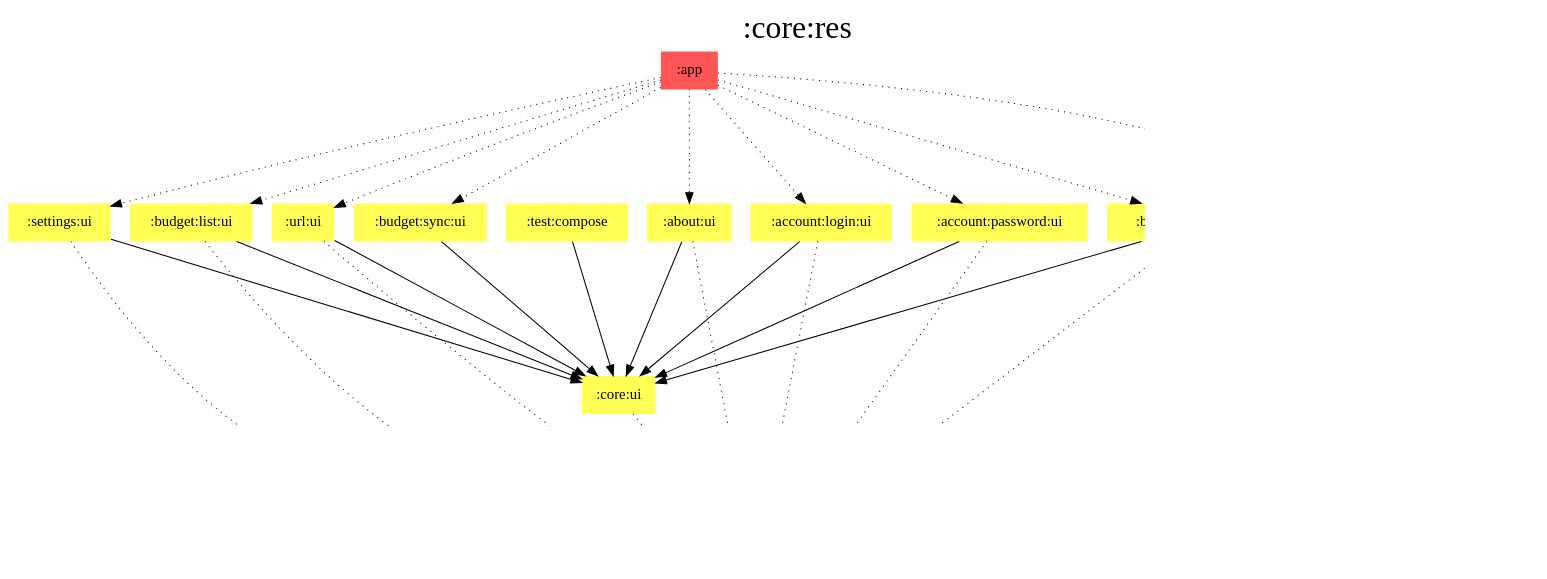
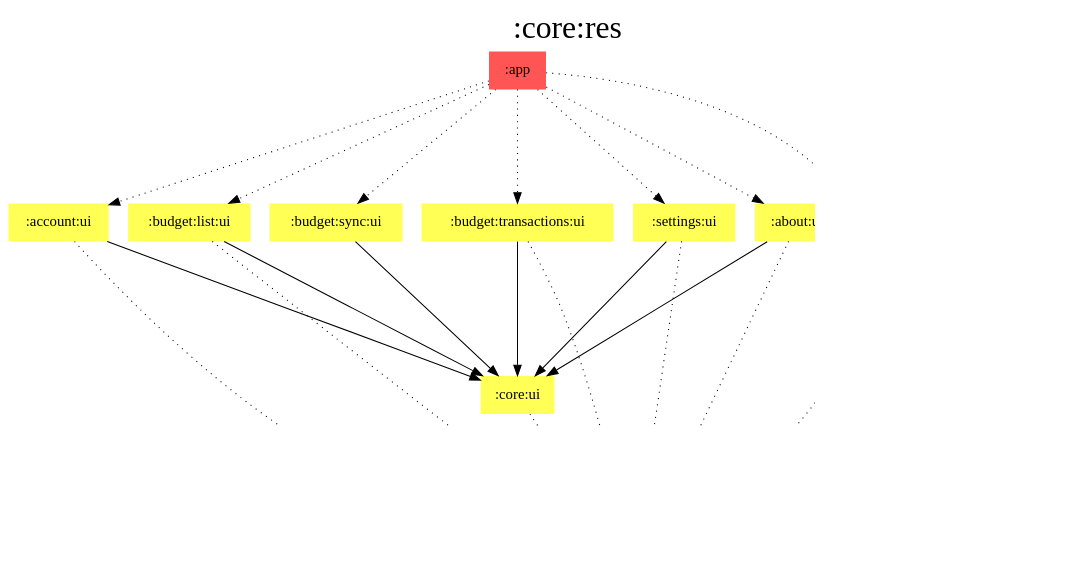
Before and after one commit to jonapoul/aktual: the diagram in modules/core/res/modules.dot, drawn with Graphviz. The commit also changed 134 other files, not shown here.

First line of the commit message:
Merge login, password and URL modules (#289)

```diff
--- a/modules/core/res/modules.dot
+++ b/modules/core/res/modules.dot
@@ -1,59 +1,49 @@
 digraph {
 edge ["dir"="forward"]
 graph ["dpi"="100","label"=":core:res","labelloc"="t","fontsize"="30","ranksep"="1.5","rankdir"="TB"]
 node ["style"="filled"]
 ":about:ui" ["fillcolor"="#FFFF55","shape"="none"]
-":account:login:ui" ["fillcolor"="#FFFF55","shape"="none"]
-":account:password:ui" ["fillcolor"="#FFFF55","shape"="none"]
+":account:ui" ["fillcolor"="#FFFF55","shape"="none"]
 ":app" ["fillcolor"="#FF5555","shape"="none"]
 ":budget:list:ui" ["fillcolor"="#FFFF55","shape"="none"]
 ":budget:sync:ui" ["fillcolor"="#FFFF55","shape"="none"]
 ":budget:transactions:ui" ["fillcolor"="#FFFF55","shape"="none"]
 ":core:res" ["fillcolor"="#00FFFF","color"="black","penwidth"="3","shape"="box"]
 ":core:ui" ["fillcolor"="#FFFF55","shape"="none"]
 ":settings:ui" ["fillcolor"="#FFFF55","shape"="none"]
-":test:compose" ["fillcolor"="#FFFF55","shape"="none"]
-":url:ui" ["fillcolor"="#FFFF55","shape"="none"]
 {
 edge ["dir"="none"]
 graph ["rank"="same"]
 ":core:res"
 }
 ":about:ui" -> ":core:res" ["style"="dotted"]
 ":about:ui" -> ":core:ui"
-":account:login:ui" -> ":core:res" ["style"="dotted"]
-":account:login:ui" -> ":core:ui"
-":account:password:ui" -> ":core:res" ["style"="dotted"]
-":account:password:ui" -> ":core:ui"
+":account:ui" -> ":core:res" ["style"="dotted"]
+":account:ui" -> ":core:ui"
 ":app" -> ":about:ui" ["style"="dotted"]
-":app" -> ":account:login:ui" ["style"="dotted"]
-":app" -> ":account:password:ui" ["style"="dotted"]
+":app" -> ":account:ui" ["style"="dotted"]
 ":app" -> ":budget:list:ui" ["style"="dotted"]
 ":app" -> ":budget:sync:ui" ["style"="dotted"]
 ":app" -> ":budget:transactions:ui" ["style"="dotted"]
 ":app" -> ":core:res" ["style"="dotted"]
 ":app" -> ":settings:ui" ["style"="dotted"]
-":app" -> ":url:ui" ["style"="dotted"]
 ":budget:list:ui" -> ":core:res" ["style"="dotted"]
 ":budget:list:ui" -> ":core:ui"
 ":budget:sync:ui" -> ":core:ui"
 ":budget:transactions:ui" -> ":core:res" ["style"="dotted"]
 ":budget:transactions:ui" -> ":core:ui"
 ":core:ui" -> ":core:res" ["style"="dotted"]
 ":settings:ui" -> ":core:res" ["style"="dotted"]
 ":settings:ui" -> ":core:ui"
-":test:compose" -> ":core:ui"
-":url:ui" -> ":core:res" ["style"="dotted"]
-":url:ui" -> ":core:ui"
 subgraph "cluster_legend" {
 edge ["dir"="none"]
 graph ["label"="Legend","fontsize"="20"]
 "Legend" ["style"="filled","fillcolor"="#FFFFFF","shape"="none","margin"="0","fontsize"="15","label"=<
 <TABLE BORDER="0" CELLBORDER="0" CELLSPACING="0" CELLPADDING="4">
 <TR><TD>App</TD><TD BGCOLOR="#FF5555">module-name</TD></TR>
 <TR><TD>Compose</TD><TD BGCOLOR="#FFFF55">module-name</TD></TR>
 <TR><TD>Resources</TD><TD BGCOLOR="#00FFFF">module-name</TD></TR>
 </TABLE>
 >]
 } -> ":core:res" ["style"="invis"]
 }
```
